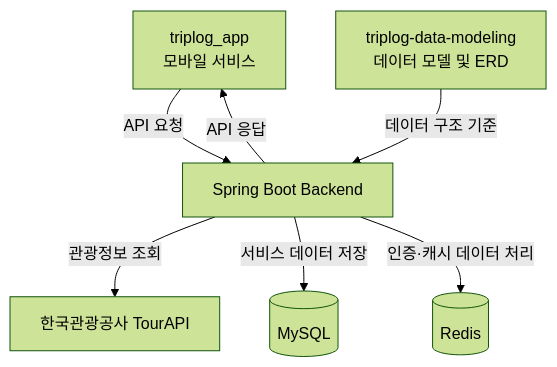
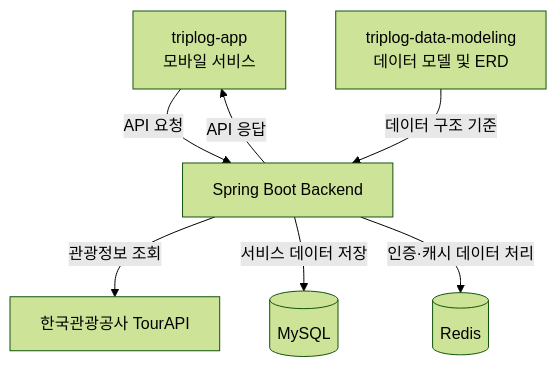
Before and after one commit to Triplog11/.github: the second of 2 diagrams in profile/README.md, drawn with Mermaid (forest theme). The commit also changed other lines of this file, not shown here.

Commit message:
README.md 수정

````diff
--- a/profile/README.md
+++ b/profile/README.md
@@ -148,18 +148,18 @@
 ```mermaid
 flowchart TB
-    App[triplog_app<br/>모바일 서비스]
+    App[triplog-app<br/>모바일 서비스]
     Backend[Spring Boot Backend]
     Modeling[triplog-data-modeling<br/>데이터 모델 및 ERD]
     TourAPI[한국관광공사 TourAPI]
     Database[(MySQL)]
     Redis[(Redis)]
 
     App -->|API 요청| Backend
 
     Backend -->|관광정보 조회| TourAPI
     Backend -->|서비스 데이터 저장| Database
     Backend -->|인증·캐시 데이터 처리| Redis
 
     Modeling -->|데이터 구조 기준| Backend
     Backend -->|API 응답| App
 ```
````
